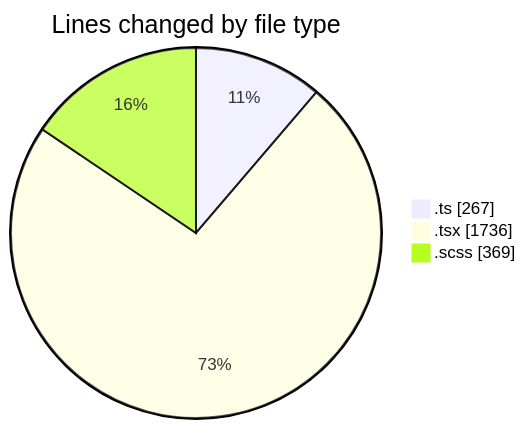
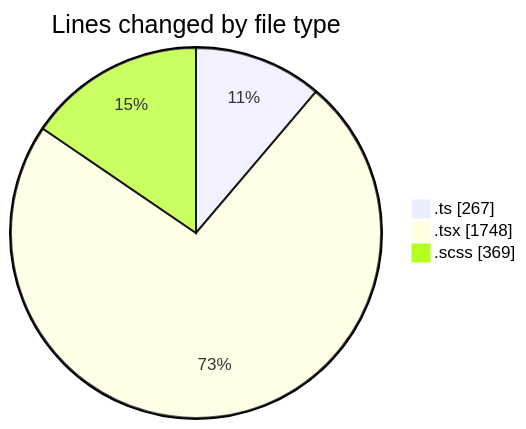
Before and after one commit to momahboobian/code-tracking: the first of 2 diagrams in 2025-05-01/cda/README.md, drawn with Mermaid. The commit also changed other lines of this file and 1 other file, not shown here.

````diff
--- a/2025-05-01/cda/README.md
+++ b/2025-05-01/cda/README.md
@@ -33,7 +33,7 @@
 ```mermaid
 pie showData
 title Lines changed by file type
 ".ts" : 267
-".tsx" : 1736
+".tsx" : 1748
 ".scss" : 369
 ```
````
